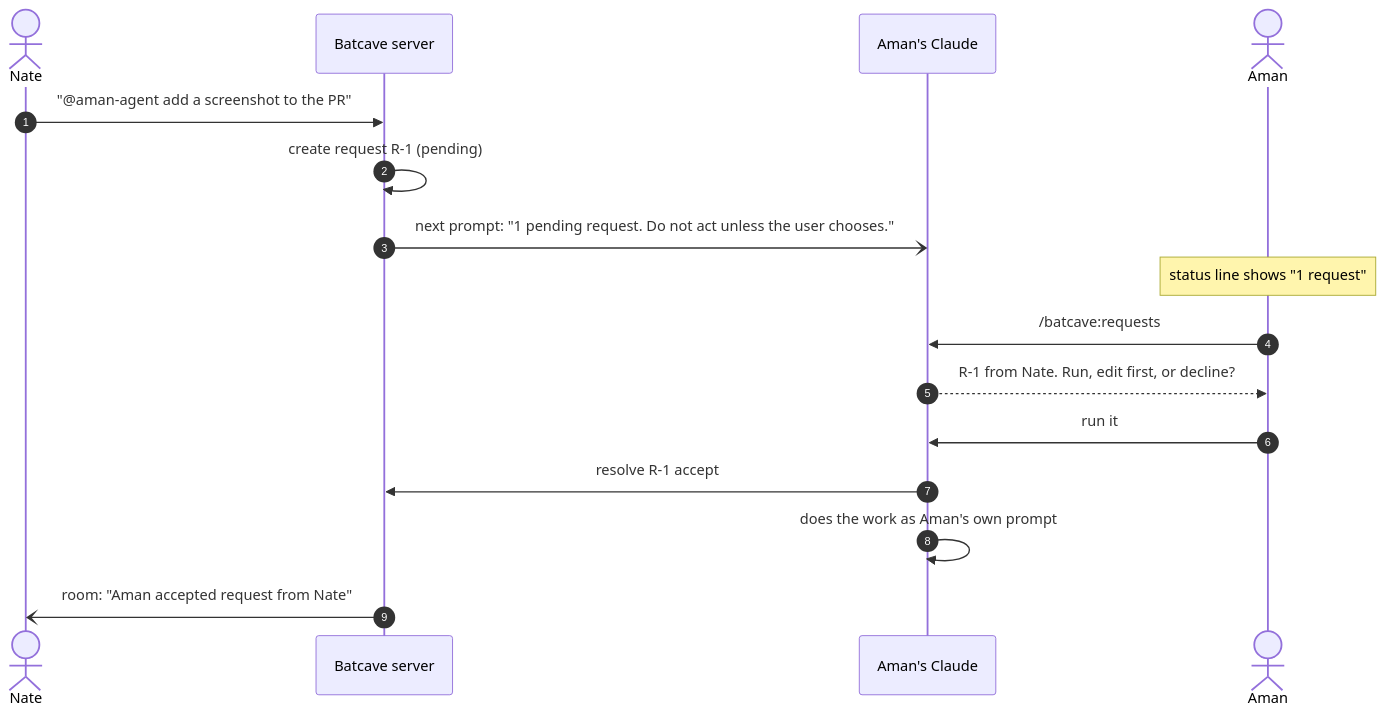
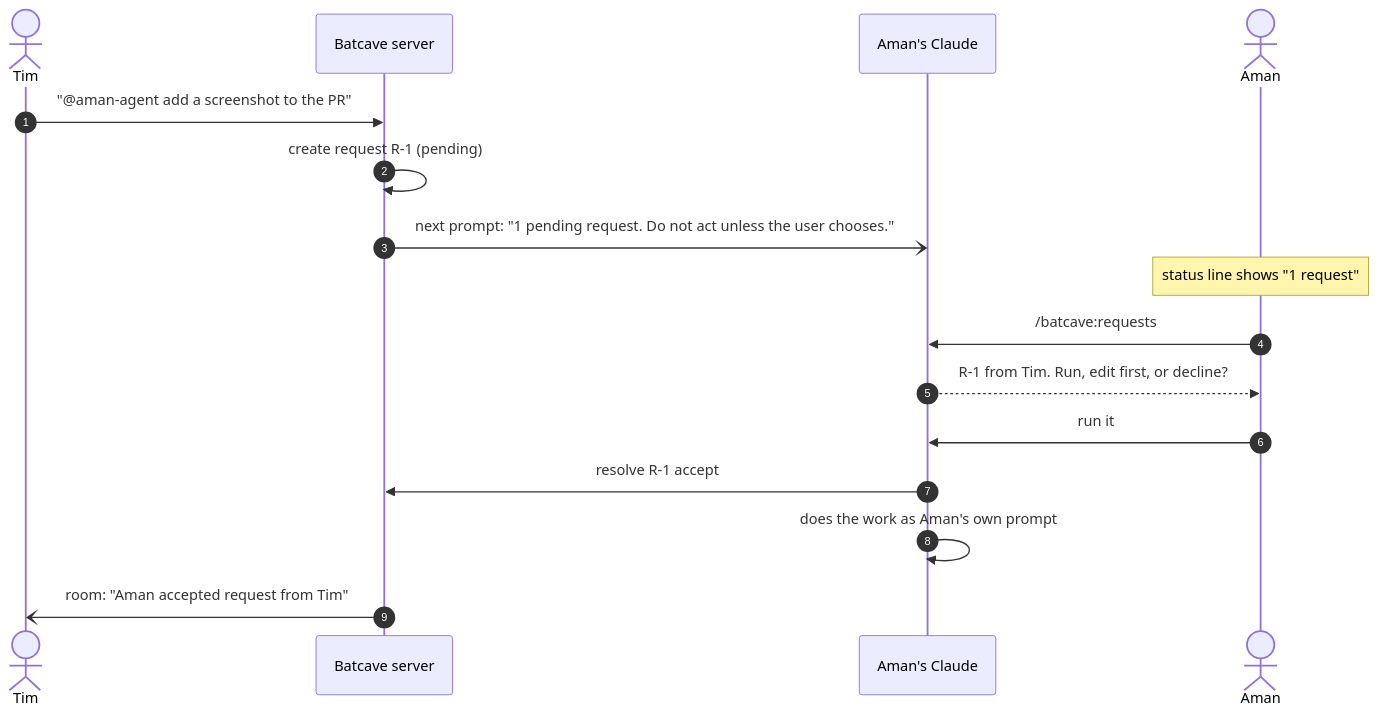
Before and after one commit to solanki-aman/batcave: the fourth of 5 diagrams in docs/walkthrough.md, drawn with Mermaid. The commit also changed other lines of this file and 14 other files, not shown here.

````diff
--- a/docs/walkthrough.md
+++ b/docs/walkthrough.md
@@ -83,19 +83,19 @@
 ```mermaid
 sequenceDiagram
     autonumber
-    actor Nate
+    actor Tim
     participant S as Batcave server
     participant AC as Aman's Claude
     actor Aman
 
-    Nate->>S: "@aman-agent add a screenshot to the PR"
+    Tim->>S: "@aman-agent add a screenshot to the PR"
     S->>S: create request R-1 (pending)
     S-)AC: next prompt: "1 pending request. Do not act unless the user chooses."
     Note over Aman: status line shows "1 request"
     Aman->>AC: /batcave:requests
-    AC-->>Aman: R-1 from Nate. Run, edit first, or decline?
+    AC-->>Aman: R-1 from Tim. Run, edit first, or decline?
     Aman->>AC: run it
     AC->>S: resolve R-1 accept
     AC->>AC: does the work as Aman's own prompt
-    S-)Nate: room: "Aman accepted request from Nate"
+    S-)Tim: room: "Aman accepted request from Tim"
 ```
````
